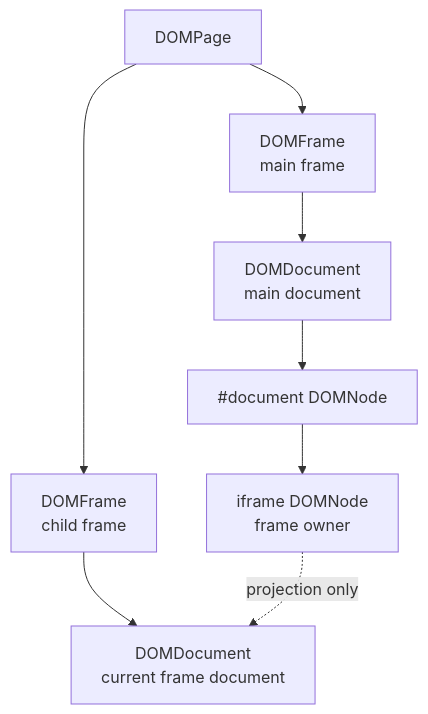
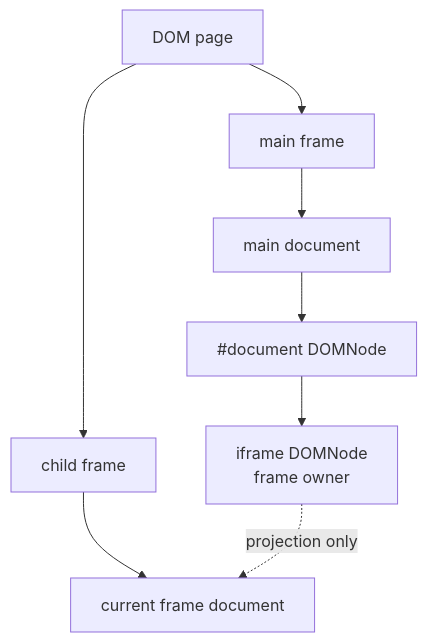
Before and after one commit to lynnswap/WebInspectorKit: the sixth of 7 diagrams in Sources/WebInspectorUI/Docs/UIIntegration.md, drawn with Mermaid. The commit also changed other lines of this file and 11 other files, not shown here.

````diff
--- a/Sources/WebInspectorUI/Docs/UIIntegration.md
+++ b/Sources/WebInspectorUI/Docs/UIIntegration.md
@@ -97,18 +132,18 @@
 ```mermaid
 flowchart TD
-    Page["DOMPage"]
-    MainFrame["DOMFrame<br/>main frame"]
-    MainDocument["DOMDocument<br/>main document"]
+    Page["DOM page"]
+    MainFrame["main frame"]
+    MainDocument["main document"]
     RootNode["#document DOMNode"]
     IFrameNode["iframe DOMNode<br/>frame owner"]
-    ChildFrame["DOMFrame<br/>child frame"]
-    ChildDocument["DOMDocument<br/>current frame document"]
+    ChildFrame["child frame"]
+    ChildDocument["current frame document"]
 
     Page --> MainFrame
     MainFrame --> MainDocument
     MainDocument --> RootNode
     RootNode --> IFrameNode
     Page --> ChildFrame
     ChildFrame --> ChildDocument
     IFrameNode -. "projection only" .-> ChildDocument
 ```
````
